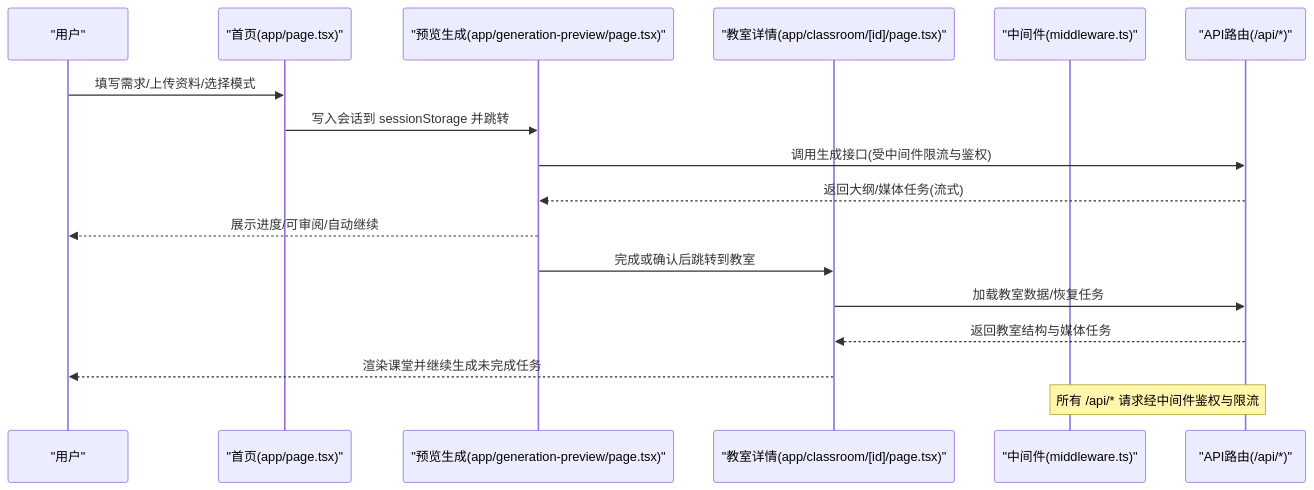
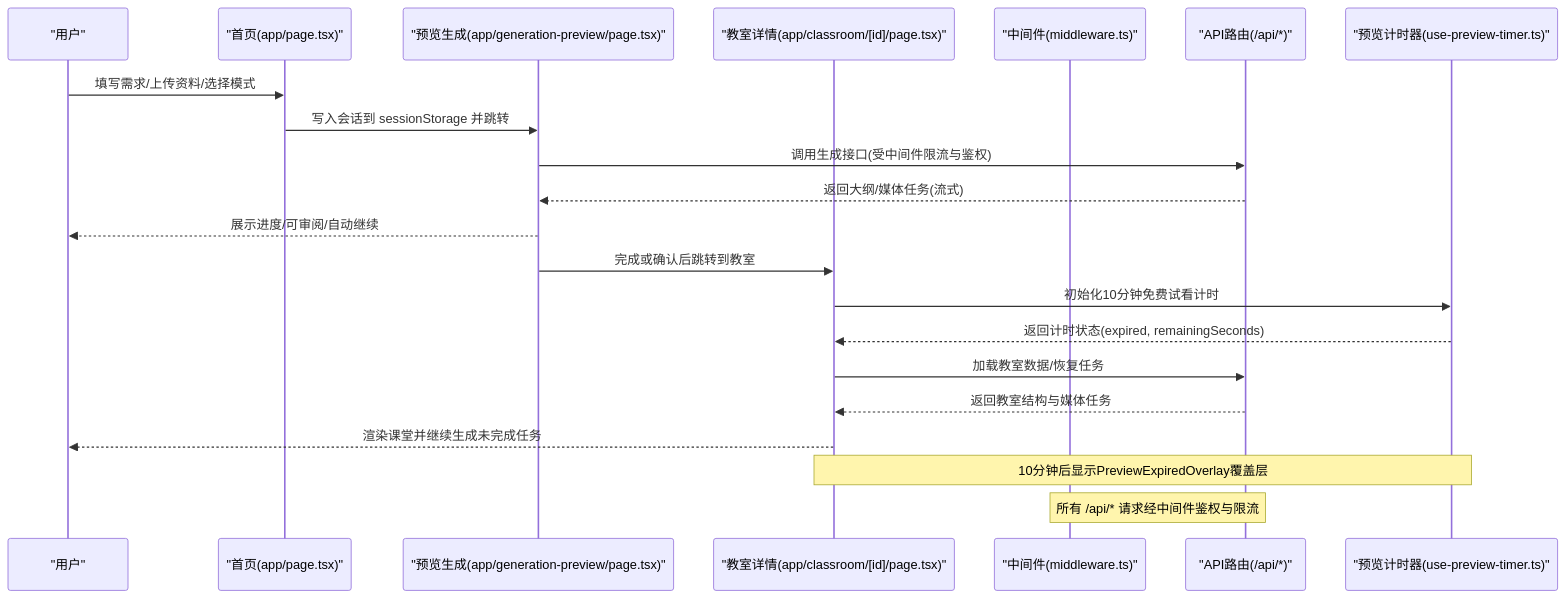
The first of 2 diagrams in .qoder/repowiki/zh/content/架构设计/前端架构设计/路由架构设计.md (huangboheng/OpenMAIC), drawn with Mermaid before and after one commit. The commit also changed other lines of this file and 77 other files, not shown here.

First line of the commit message:
feat: add preview timer, reorganize knowledge wiki, remove middleware

````diff
--- a/.qoder/repowiki/zh/content/架构设计/前端架构设计/路由架构设计.md
+++ b/.qoder/repowiki/zh/content/架构设计/前端架构设计/路由架构设计.md
@@ -30,19 +40,23 @@
 ```mermaid
 sequenceDiagram
 participant U as "用户"
 participant H as "首页(app/page.tsx)"
 participant GP as "预览生成(app/generation-preview/page.tsx)"
 participant CL as "教室详情(app/classroom/[id]/page.tsx)"
 participant MW as "中间件(middleware.ts)"
 participant API as "API路由(/api/*)"
+participant PT as "预览计时器(use-preview-timer.ts)"
 U->>H : 填写需求/上传资料/选择模式
 H->>GP : 写入会话到 sessionStorage 并跳转
 GP->>API : 调用生成接口(受中间件限流与鉴权)
 API-->>GP : 返回大纲/媒体任务(流式)
 GP-->>U : 展示进度/可审阅/自动继续
 GP->>CL : 完成或确认后跳转到教室
+CL->>PT : 初始化10分钟免费试看计时
+PT-->>CL : 返回计时状态(expired, remainingSeconds)
 CL->>API : 加载教室数据/恢复任务
 API-->>CL : 返回教室结构与媒体任务
 CL-->>U : 渲染课堂并继续生成未完成任务
+Note over PT,CL : 10分钟后显示PreviewExpiredOverlay覆盖层
 Note over MW,API : 所有 /api/* 请求经中间件鉴权与限流
 ```
````
